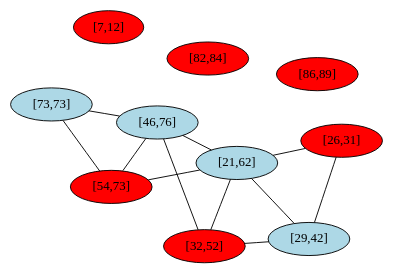
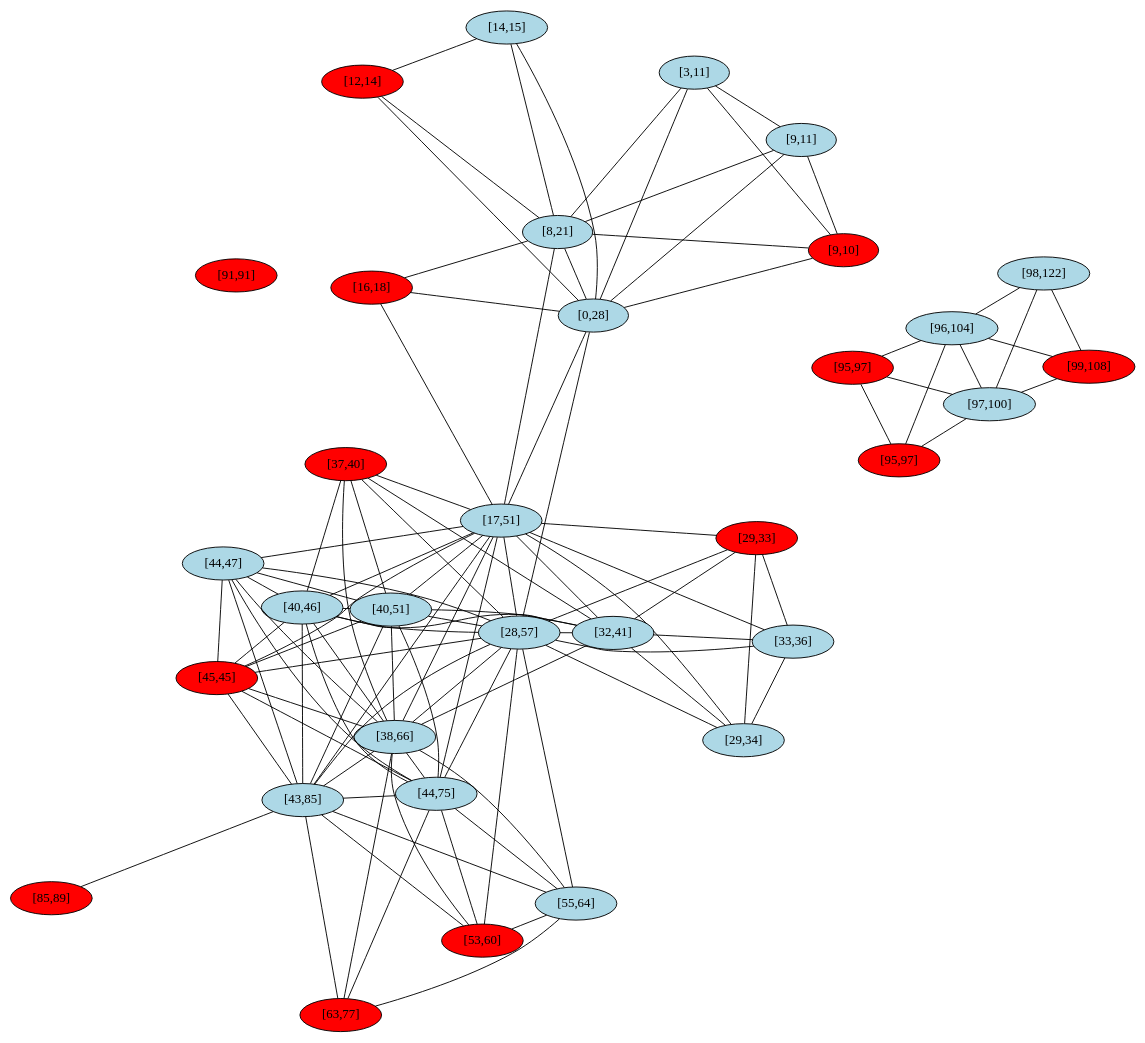
Before and after one commit to atotgerman/DUE_Fscharp: the diagram in intervallumgraf.dot, drawn with Graphviz. The commit also changed 2 other files, not shown here.

```diff
--- a/intervallumgraf.dot
+++ b/intervallumgraf.dot
@@ -1,26 +1,143 @@
 graph G {
   layout=neato;
   overlap=false;
   splines=true;
-  1 [label="[29,42]", style=filled, fillcolor=lightblue];
-  2 [label="[26,31]", style=filled, fillcolor=red];
-  3 [label="[32,52]", style=filled, fillcolor=red];
-  4 [label="[46,76]", style=filled, fillcolor=lightblue];
-  5 [label="[86,89]", style=filled, fillcolor=red];
-  6 [label="[21,62]", style=filled, fillcolor=lightblue];
-  7 [label="[7,12]", style=filled, fillcolor=red];
-  8 [label="[54,73]", style=filled, fillcolor=red];
-  9 [label="[73,73]", style=filled, fillcolor=lightblue];
-  10 [label="[82,84]", style=filled, fillcolor=red];
-  1 -- 2;
-  1 -- 3;
-  1 -- 6;
-  2 -- 6;
-  3 -- 4;
+  1 [label="[95,97]", style=filled, fillcolor=red];
+  2 [label="[99,108]", style=filled, fillcolor=red];
+  3 [label="[29,34]", style=filled, fillcolor=lightblue];
+  4 [label="[55,64]", style=filled, fillcolor=lightblue];
+  5 [label="[95,97]", style=filled, fillcolor=red];
+  6 [label="[17,51]", style=filled, fillcolor=lightblue];
+  7 [label="[43,85]", style=filled, fillcolor=lightblue];
+  8 [label="[40,51]", style=filled, fillcolor=lightblue];
+  9 [label="[37,40]", style=filled, fillcolor=red];
+  10 [label="[12,14]", style=filled, fillcolor=red];
+  11 [label="[33,36]", style=filled, fillcolor=lightblue];
+  12 [label="[53,60]", style=filled, fillcolor=red];
+  13 [label="[8,21]", style=filled, fillcolor=lightblue];
+  14 [label="[45,45]", style=filled, fillcolor=red];
+  15 [label="[96,104]", style=filled, fillcolor=lightblue];
+  16 [label="[98,122]", style=filled, fillcolor=lightblue];
+  17 [label="[40,46]", style=filled, fillcolor=lightblue];
+  18 [label="[9,10]", style=filled, fillcolor=red];
+  19 [label="[9,11]", style=filled, fillcolor=lightblue];
+  20 [label="[44,47]", style=filled, fillcolor=lightblue];
+  21 [label="[91,91]", style=filled, fillcolor=red];
+  22 [label="[32,41]", style=filled, fillcolor=lightblue];
+  23 [label="[63,77]", style=filled, fillcolor=red];
+  24 [label="[16,18]", style=filled, fillcolor=red];
+  25 [label="[28,57]", style=filled, fillcolor=lightblue];
+  26 [label="[0,28]", style=filled, fillcolor=lightblue];
+  27 [label="[44,75]", style=filled, fillcolor=lightblue];
+  28 [label="[85,89]", style=filled, fillcolor=red];
+  29 [label="[3,11]", style=filled, fillcolor=lightblue];
+  30 [label="[97,100]", style=filled, fillcolor=lightblue];
+  31 [label="[29,33]", style=filled, fillcolor=red];
+  32 [label="[14,15]", style=filled, fillcolor=lightblue];
+  33 [label="[38,66]", style=filled, fillcolor=lightblue];
+  1 -- 5;
+  1 -- 15;
+  1 -- 30;
+  2 -- 15;
+  2 -- 16;
+  2 -- 30;
   3 -- 6;
-  4 -- 6;
-  4 -- 8;
-  4 -- 9;
+  3 -- 11;
+  3 -- 22;
+  3 -- 25;
+  3 -- 31;
+  4 -- 7;
+  4 -- 12;
+  4 -- 23;
+  4 -- 25;
+  4 -- 27;
+  4 -- 33;
+  5 -- 15;
+  5 -- 30;
+  6 -- 7;
   6 -- 8;
+  6 -- 9;
+  6 -- 11;
+  6 -- 13;
+  6 -- 14;
+  6 -- 17;
+  6 -- 20;
+  6 -- 22;
+  6 -- 24;
+  6 -- 25;
+  6 -- 26;
+  6 -- 27;
+  6 -- 31;
+  6 -- 33;
+  7 -- 8;
+  7 -- 12;
+  7 -- 14;
+  7 -- 17;
+  7 -- 20;
+  7 -- 23;
+  7 -- 25;
+  7 -- 27;
+  7 -- 28;
+  7 -- 33;
   8 -- 9;
+  8 -- 14;
+  8 -- 17;
+  8 -- 20;
+  8 -- 22;
+  8 -- 25;
+  8 -- 27;
+  8 -- 33;
+  9 -- 17;
+  9 -- 22;
+  9 -- 25;
+  9 -- 33;
+  10 -- 13;
+  10 -- 26;
+  10 -- 32;
+  11 -- 22;
+  11 -- 25;
+  11 -- 31;
+  12 -- 25;
+  12 -- 27;
+  12 -- 33;
+  13 -- 18;
+  13 -- 19;
+  13 -- 24;
+  13 -- 26;
+  13 -- 29;
+  13 -- 32;
+  14 -- 17;
+  14 -- 20;
+  14 -- 25;
+  14 -- 27;
+  14 -- 33;
+  15 -- 16;
+  15 -- 30;
+  16 -- 30;
+  17 -- 20;
+  17 -- 22;
+  17 -- 25;
+  17 -- 27;
+  17 -- 33;
+  18 -- 19;
+  18 -- 26;
+  18 -- 29;
+  19 -- 26;
+  19 -- 29;
+  20 -- 25;
+  20 -- 27;
+  20 -- 33;
+  22 -- 25;
+  22 -- 31;
+  22 -- 33;
+  23 -- 27;
+  23 -- 33;
+  24 -- 26;
+  25 -- 26;
+  25 -- 27;
+  25 -- 31;
+  25 -- 33;
+  26 -- 29;
+  26 -- 32;
+  27 -- 33;
 }
```
